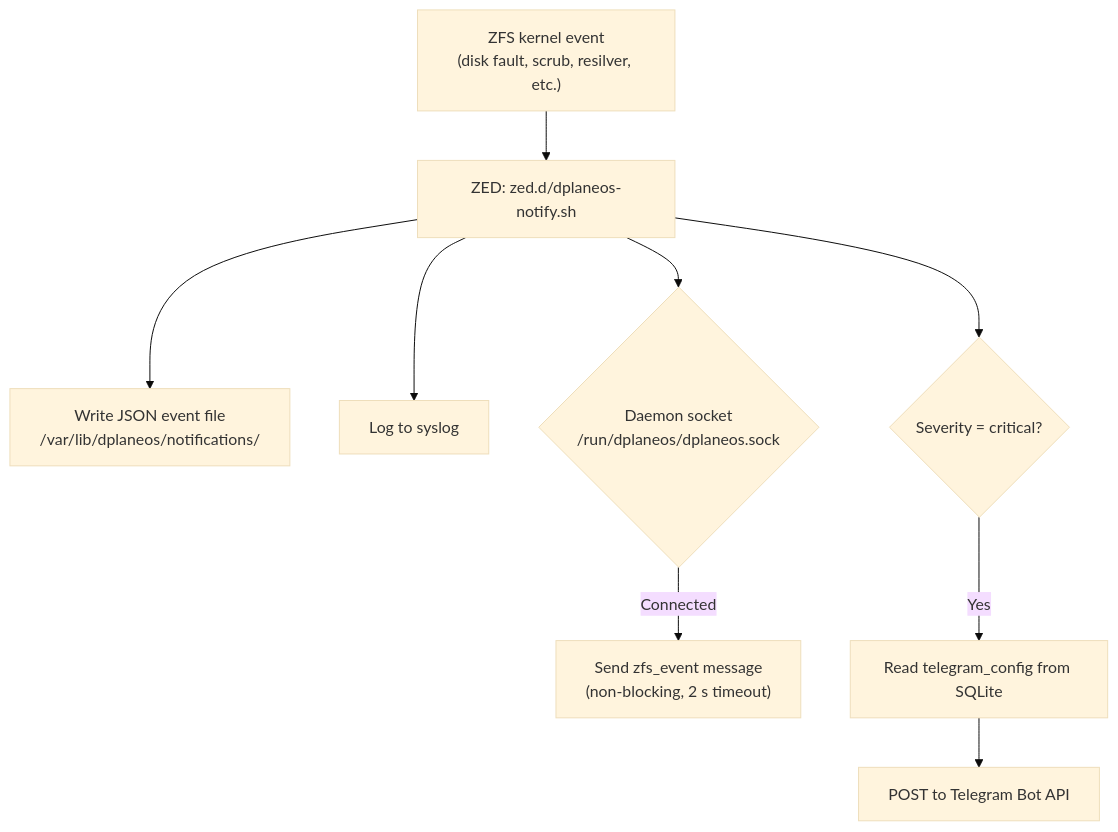
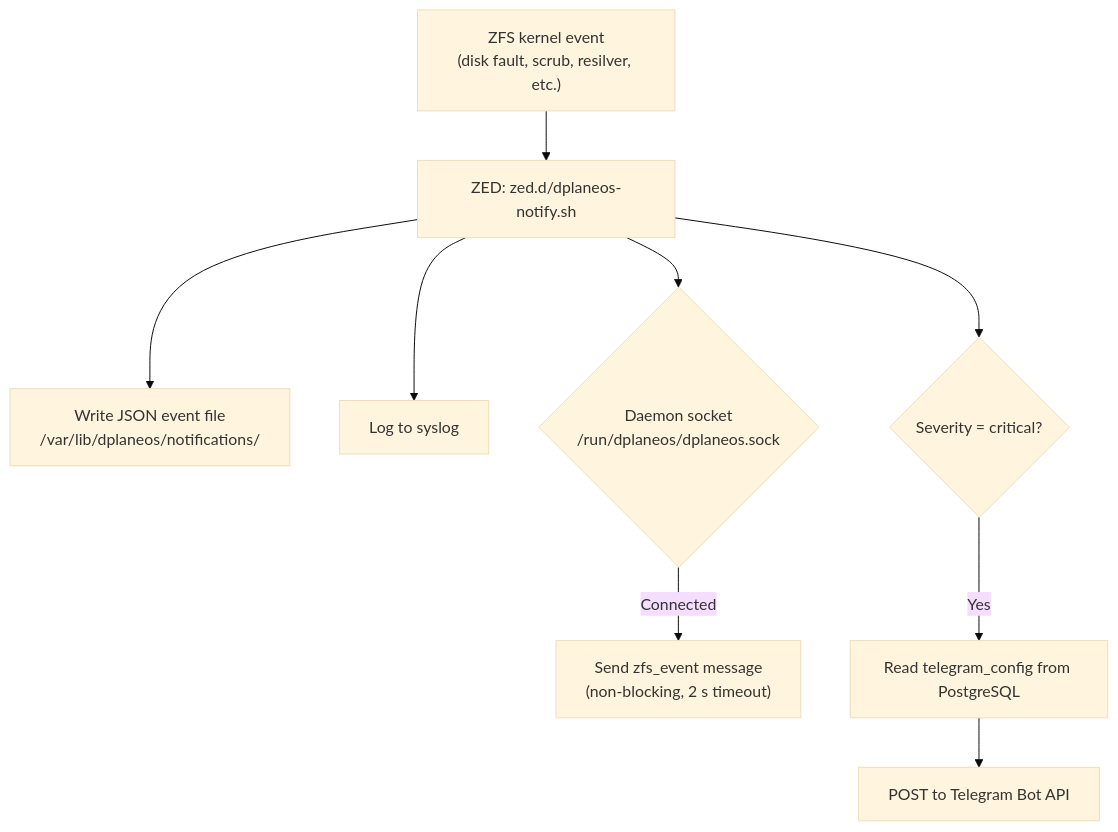
Before and after one commit to 4nonX/DPlaneOS: the fifth of 6 diagrams in docs/development/CODEBASE-DIAGRAM.md, drawn with Mermaid. The commit also changed other lines of this file and 17 other files, not shown here.

Commit message:
docs: complete PostgreSQL migration documentation and refactor infra

````diff
--- a/docs/development/CODEBASE-DIAGRAM.md
+++ b/docs/development/CODEBASE-DIAGRAM.md
@@ -132,12 +132,12 @@
 ```mermaid
 %%{init: {'theme':'base'}}%%
 flowchart TD
     A["ZFS kernel event\n(disk fault, scrub, resilver, etc.)"] --> B["ZED: zed.d/dplaneos-notify.sh"]
     B --> C["Write JSON event file\n/var/lib/dplaneos/notifications/"]
     B --> D["Log to syslog"]
     B --> E{"Daemon socket\n/run/dplaneos/dplaneos.sock"}
     E -->|Connected| F["Send zfs_event message\n(non-blocking, 2 s timeout)"]
     B --> G{"Severity = critical?"}
-    G -->|Yes| H["Read telegram_config from SQLite"]
+    G -->|Yes| H["Read telegram_config from PostgreSQL"]
     H --> I["POST to Telegram Bot API"]
 ```
````
